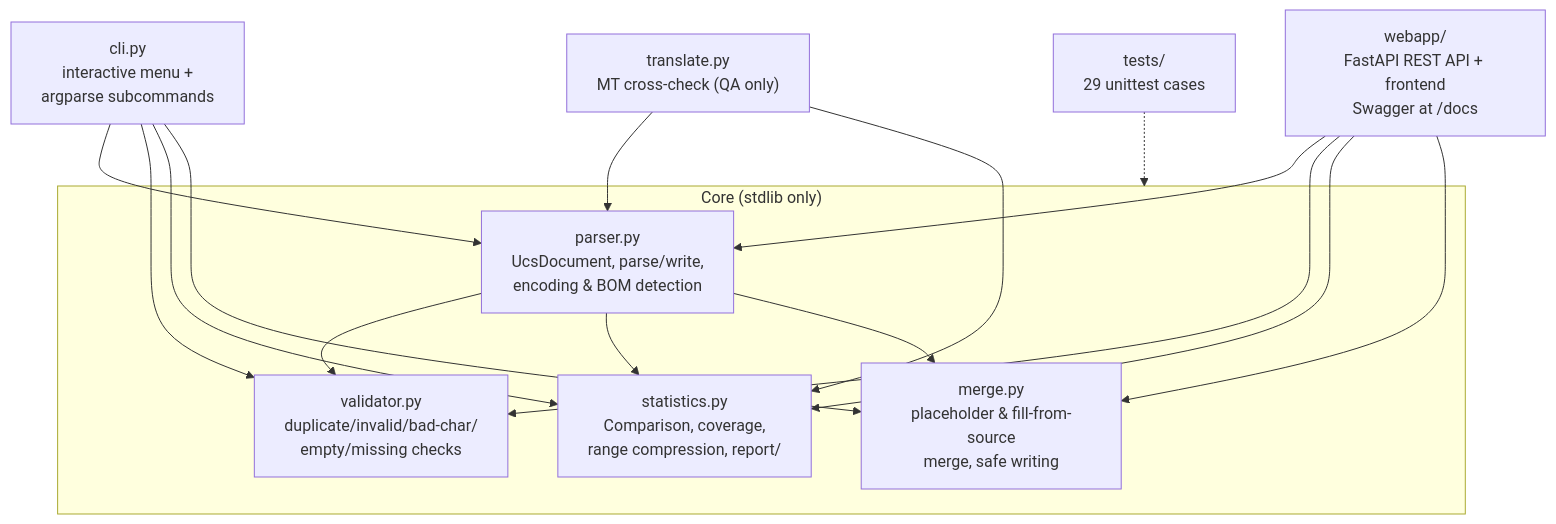
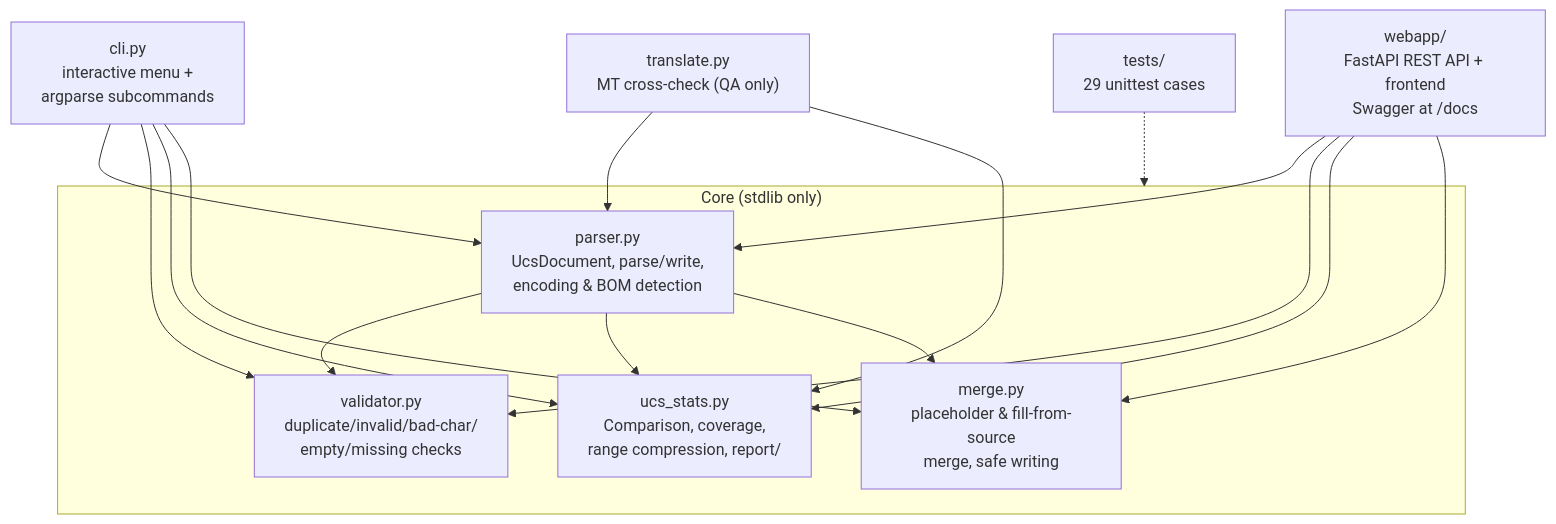
The diagram in README.md (benmed00/coh-ucs-tools), drawn with Mermaid before and after one commit. The commit also changed other lines of this file and 5 other files, not shown here.

````diff
--- a/README.md
+++ b/README.md
@@ -60,21 +60,21 @@
 ```mermaid
 flowchart TD
     subgraph core ["Core (stdlib only)"]
         parser["parser.py<br/>UcsDocument, parse/write,<br/>encoding & BOM detection"]
         validator["validator.py<br/>duplicate/invalid/bad-char/<br/>empty/missing checks"]
-        stats["statistics.py<br/>Comparison, coverage,<br/>range compression, report/"]
+        stats["ucs_stats.py<br/>Comparison, coverage,<br/>range compression, report/"]
         merge["merge.py<br/>placeholder & fill-from-source<br/>merge, safe writing"]
     end
     cli["cli.py<br/>interactive menu +<br/>argparse subcommands"]
     translate["translate.py<br/>MT cross-check (QA only)"]
     webapp["webapp/<br/>FastAPI REST API + frontend<br/>Swagger at /docs"]
     tests["tests/<br/>29 unittest cases"]
 
     parser --> validator
     parser --> stats
     parser --> merge
     cli --> parser & validator & stats & merge
     translate --> parser & stats
     webapp --> parser & validator & stats & merge
     tests -.-> core
 ```
````
